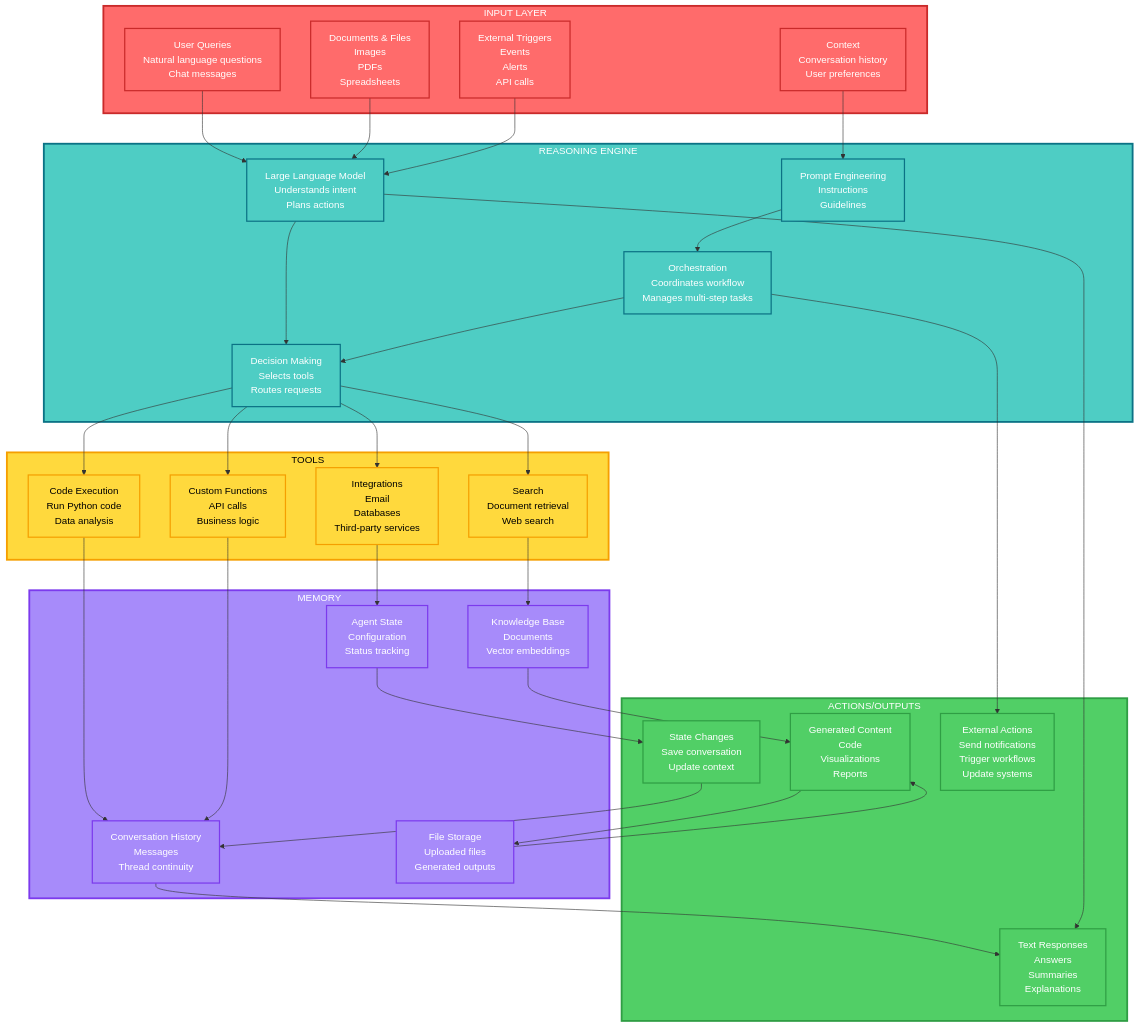
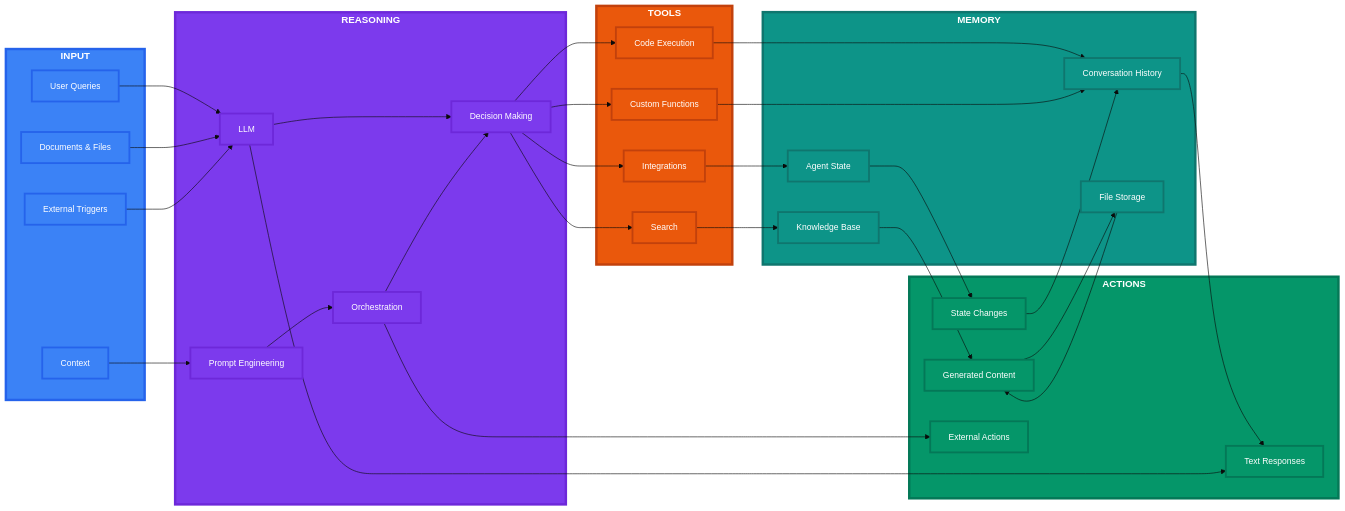
One commit to nitin27may/ai-resources changed the second of 3 diagrams in docs/agents/index.md. Above: the diagram before and after it, drawn with Mermaid. The commit also changed other lines of this file and 24 other files, not shown here.

````diff
--- a/docs/agents/index.md
+++ b/docs/agents/index.md
@@ -37,43 +37,40 @@
 ```mermaid
-graph TB
-    subgraph INPUT["INPUT LAYER"]
-        style INPUT fill:#FF6B6B,stroke:#C92A2A,stroke-width:3px,color:#fff
-        I1["User Queries<br/>Natural language questions<br/>Chat messages"]
-        I2["Documents & Files<br/>Images<br/>PDFs<br/>Spreadsheets"]
-        I3["External Triggers<br/>Events<br/>Alerts<br/>API calls"]
-        I4["Context<br/>Conversation history<br/>User preferences"]
+%%{init: {'theme':'base', 'themeVariables': {'fontSize':'16px'}}}%%
+
+graph LR
+    subgraph INPUT["INPUT"]
+        I1["User Queries"]
+        I2["Documents & Files"]
+        I3["External Triggers"]
+        I4["Context"]
     end
 
-    subgraph REASONING["REASONING ENGINE"]
-        style REASONING fill:#4ECDC4,stroke:#0B7285,stroke-width:3px,color:#fff
-        R1["Large Language Model<br/>Understands intent<br/>Plans actions"]
-        R2["Prompt Engineering<br/>Instructions<br/>Guidelines"]
-        R3["Orchestration<br/>Coordinates workflow<br/>Manages multi-step tasks"]
-        R4["Decision Making<br/>Selects tools<br/>Routes requests"]
+    subgraph REASONING["REASONING"]
+        R1["LLM"]
+        R2["Prompt Engineering"]
+        R3["Orchestration"]
+        R4["Decision Making"]
     end
 
     subgraph TOOLS["TOOLS"]
-        style TOOLS fill:#FFD93D,stroke:#F59F00,stroke-width:3px,color:#000
-        T1["Code Execution<br/>Run Python code<br/>Data analysis"]
-        T2["Search<br/>Document retrieval<br/>Web search"]
-        T3["Custom Functions<br/>API calls<br/>Business logic"]
-        T4["Integrations<br/>Email<br/>Databases<br/>Third-party services"]
+        T1["Code Execution"]
+        T2["Search"]
+        T3["Custom Functions"]
+        T4["Integrations"]
     end
 
     subgraph MEMORY["MEMORY"]
-        style MEMORY fill:#A78BFA,stroke:#7C3AED,stroke-width:3px,color:#fff
-        M1["Conversation History<br/>Messages<br/>Thread continuity"]
-        M2["Agent State<br/>Configuration<br/>Status tracking"]
-        M3["Knowledge Base<br/>Documents<br/>Vector embeddings"]
-        M4["File Storage<br/>Uploaded files<br/>Generated outputs"]
+        M1["Conversation History"]
+        M2["Agent State"]
+        M3["Knowledge Base"]
+        M4["File Storage"]
     end
 
-    subgraph ACTIONS["ACTIONS/OUTPUTS"]
-        style ACTIONS fill:#51CF66,stroke:#2F9E44,stroke-width:3px,color:#fff
-        A1["Text Responses<br/>Answers<br/>Summaries<br/>Explanations"]
-        A2["Generated Content<br/>Code<br/>Visualizations<br/>Reports"]
-        A3["State Changes<br/>Save conversation<br/>Update context"]
-        A4["External Actions<br/>Send notifications<br/>Trigger workflows<br/>Update systems"]
+    subgraph ACTIONS["ACTIONS"]
+        A1["Text Responses"]
+        A2["Generated Content"]
+        A3["State Changes"]
+        A4["External Actions"]
     end
 
     %% Flow connections
@@ -107,12 +104,18 @@
     A3 --> M1
     A2 --> M4
 
-    %% Styling
-    classDef inputStyle fill:#FF6B6B,stroke:#C92A2A,stroke-width:2px,color:#fff
-    classDef reasoningStyle fill:#4ECDC4,stroke:#0B7285,stroke-width:2px,color:#fff
-    classDef toolStyle fill:#FFD93D,stroke:#F59F00,stroke-width:2px,color:#000
-    classDef memoryStyle fill:#A78BFA,stroke:#7C3AED,stroke-width:2px,color:#fff
-    classDef actionStyle fill:#51CF66,stroke:#2F9E44,stroke-width:2px,color:#fff
+    %% Styling - darker fills for better contrast
+    style INPUT fill:#3b82f6,stroke:#2563eb,stroke-width:4px,color:#fff,font-weight:bold
+    style REASONING fill:#7c3aed,stroke:#6d28d9,stroke-width:4px,color:#fff,font-weight:bold
+    style TOOLS fill:#ea580c,stroke:#c2410c,stroke-width:4px,color:#fff,font-weight:bold
+    style MEMORY fill:#0d9488,stroke:#0f766e,stroke-width:4px,color:#fff,font-weight:bold
+    style ACTIONS fill:#059669,stroke:#047857,stroke-width:4px,color:#fff,font-weight:bold
+
+    classDef inputStyle fill:#3b82f6,stroke:#2563eb,stroke-width:3px,color:#fff,font-size:14px
+    classDef reasoningStyle fill:#7c3aed,stroke:#6d28d9,stroke-width:3px,color:#fff,font-size:14px
+    classDef toolStyle fill:#ea580c,stroke:#c2410c,stroke-width:3px,color:#fff,font-size:14px
+    classDef memoryStyle fill:#0d9488,stroke:#0f766e,stroke-width:3px,color:#fff,font-size:14px
+    classDef actionStyle fill:#059669,stroke:#047857,stroke-width:3px,color:#fff,font-size:14px
 
     class I1,I2,I3,I4 inputStyle
     class R1,R2,R3,R4 reasoningStyle
````
